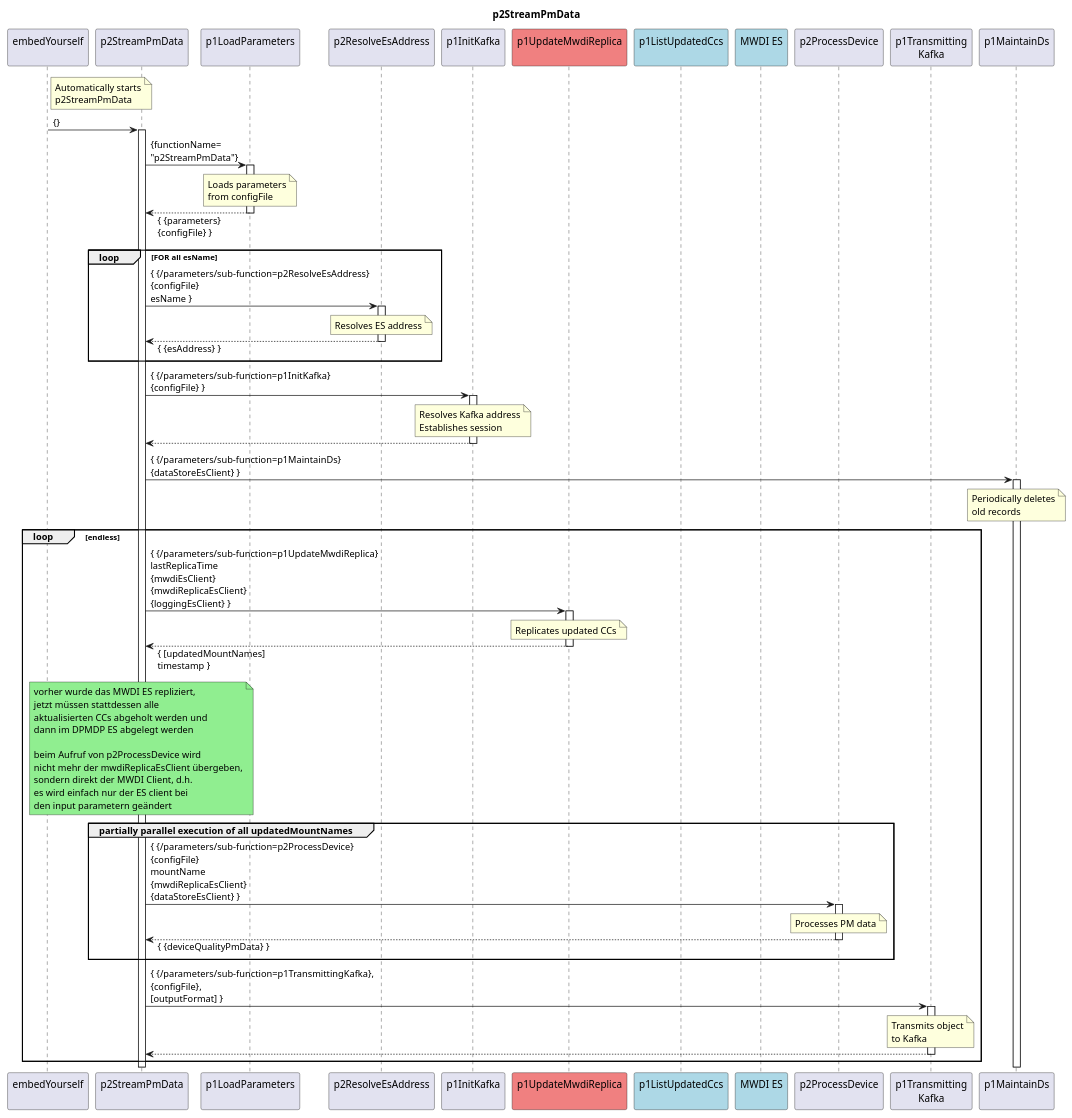
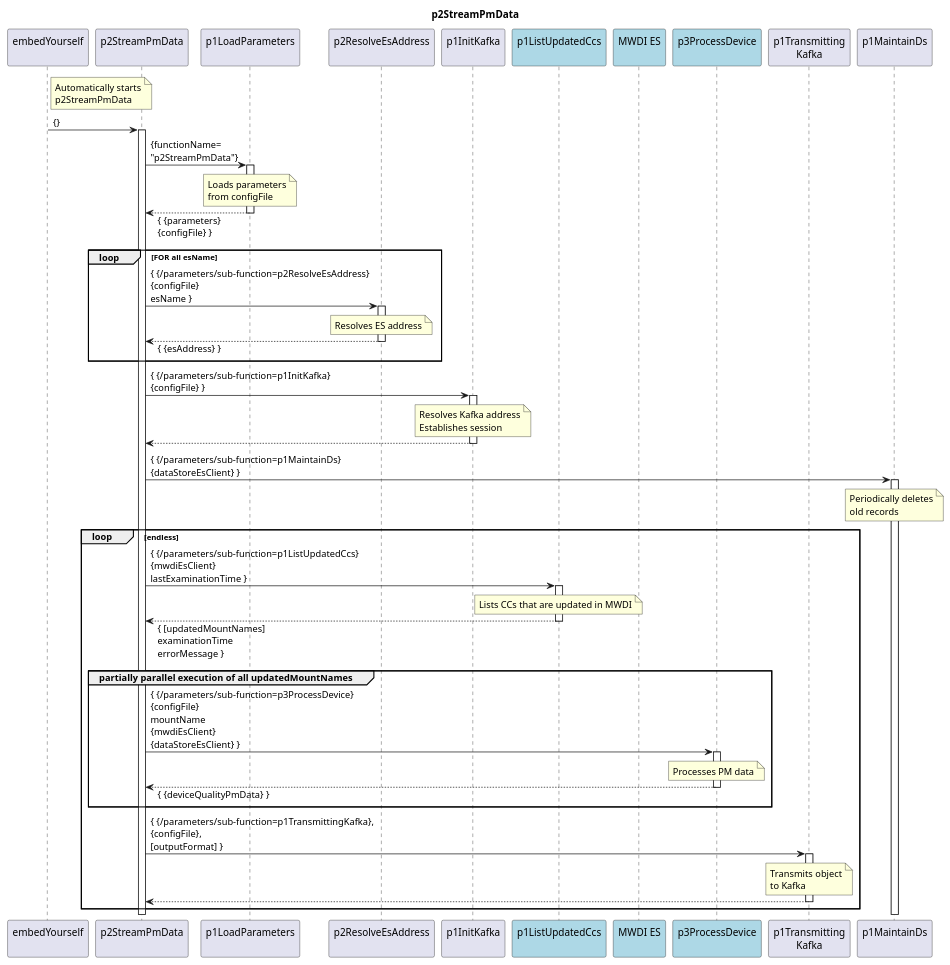
Before and after one commit to openBackhaul/DevicePerformanceManagementDataProcessor: the diagram in spec/Functions/__new and changed functions/p2StreamPmData/1.1.0/p2StreamPmData.plantuml, drawn with PlantUML. The commit also changed 8 other files, not shown here.

```diff
--- a/spec/Functions/__new and changed functions/p2StreamPmData/1.1.0/p2StreamPmData.plantuml
+++ b/spec/Functions/__new and changed functions/p2StreamPmData/1.1.0/p2StreamPmData.plantuml
@@ -1,116 +1,102 @@
 @startuml p2StreamPmData
 skinparam responseMessageBelowArrow true
 
 title
   p2StreamPmData
 end title
 
 participant "embedYourself\n" as embed
 participant "p2StreamPmData\n" as p2Stream
 participant "p1LoadParameters\n" as p1LP
 participant "p2ResolveEsAddress\n" as p1REA
 participant "p1InitKafka\n" as p1InitKafka
-participant "p1UpdateMwdiReplica\n" as p1UMR  #LightCoral
 participant "p1ListUpdatedCcs\n" as p1UpdatedCcs #LightBlue
 participant "MWDI ES\n" as mwdi #LightBlue
-participant "p2ProcessDevice\n" as p2ProcessDev
+participant "p3ProcessDevice\n" as p3ProcessDev #LightBlue
 participant "p1Transmitting\nKafka" as p1Trans
 participant "p1MaintainDs\n" as p1MDS
 
 note right embed
   Automatically starts
   p2StreamPmData
 end note
 embed -> p2Stream : {}
 activate p2Stream
 
   ' load parameters
   p2Stream -> p1LP : {functionName=\n"p2StreamPmData"}
   activate p1LP
     note over p1LP
       Loads parameters
       from configFile
     end note
   p2Stream <-- p1LP : { {parameters}\n{configFile} }
   deactivate p1LP
 
   ' resolve ES addresses
   loop FOR all esName
     p2Stream -> p1REA : { {/parameters/sub-function=p2ResolveEsAddress}\n{configFile}\nesName }
     activate p1REA
       note over p1REA
         Resolves ES address
       end note
     p2Stream <-- p1REA : { {esAddress} }
     deactivate p1REA
   end loop
 
     ' init Kafka
     p2Stream -> p1InitKafka : { {/parameters/sub-function=p1InitKafka}\n{configFile} }
     activate p1InitKafka
 
       note over p1InitKafka
         Resolves Kafka address
         Establishes session
       end note
 
     p2Stream <-- p1InitKafka
     deactivate p1InitKafka
 
 
   ' maintainDS
   p2Stream -> p1MDS : { {/parameters/sub-function=p1MaintainDs}\n{dataStoreEsClient} }
   activate p1MDS
     note over p1MDS
       Periodically deletes
       old records
     end note
 
   loop endless
 
     ' replicate MWDI ES - to be replaced
-    p2Stream -> p1UMR : { {/parameters/sub-function=p1UpdateMwdiReplica}\nlastReplicaTime\n{mwdiEsClient}\n{mwdiReplicaEsClient}\n{loggingEsClient} }
-    activate p1UMR
-      note over p1UMR
-        Replicates updated CCs
+    p2Stream -> p1UpdatedCcs : { {/parameters/sub-function=p1ListUpdatedCcs}\n{mwdiEsClient}\nlastExaminationTime }
+    activate p1UpdatedCcs
+      note over p1UpdatedCcs
+        Lists CCs that are updated in MWDI
       end note
-    p2Stream <-- p1UMR : { [updatedMountNames]\ntimestamp }
-    deactivate p1UMR
-
-    note over p2Stream #LightGreen
-      vorher wurde das MWDI ES repliziert,
-      jetzt müssen stattdessen alle
-      aktualisierten CCs abgeholt werden und
-      dann im DPMDP ES abgelegt werden
-
-      beim Aufruf von p2ProcessDevice wird
-      nicht mehr der mwdiReplicaEsClient übergeben,
-      sondern direkt der MWDI Client, d.h.
-      es wird einfach nur der ES client bei
-      den input parametern geändert
-    end note
+    p2Stream <-- p1UpdatedCcs : { [updatedMountNames]\nexaminationTime\nerrorMessage }
+    deactivate p1UpdatedCcs
   
     group partially parallel execution of all updatedMountNames
-      p2Stream -> p2ProcessDev : { {/parameters/sub-function=p2ProcessDevice}\n{configFile}\nmountName\n{mwdiReplicaEsClient}\n{dataStoreEsClient} }
-      activate p2ProcessDev
-        note over p2ProcessDev
+      p2Stream -> p3ProcessDev : { {/parameters/sub-function=p3ProcessDevice}\n{configFile}\nmountName\n{mwdiEsClient}\n{dataStoreEsClient} }
+      activate p3ProcessDev
+        note over p3ProcessDev
           Processes PM data
         end note
-      p2Stream <-- p2ProcessDev: { {deviceQualityPmData} }
-      deactivate p2ProcessDev
+      p2Stream <-- p3ProcessDev: { {deviceQualityPmData} }
+      deactivate p3ProcessDev
     end group
 
   p2Stream -> p1Trans : { {/parameters/sub-function=p1TransmittingKafka},\n{configFile},\n[outputFormat] }
   activate p1Trans
 
     note over p1Trans
       Transmits object
       to Kafka
     end note
 
   p2Stream <-- p1Trans
   deactivate p1Trans
 
   end loop
 
 @enduml
```
